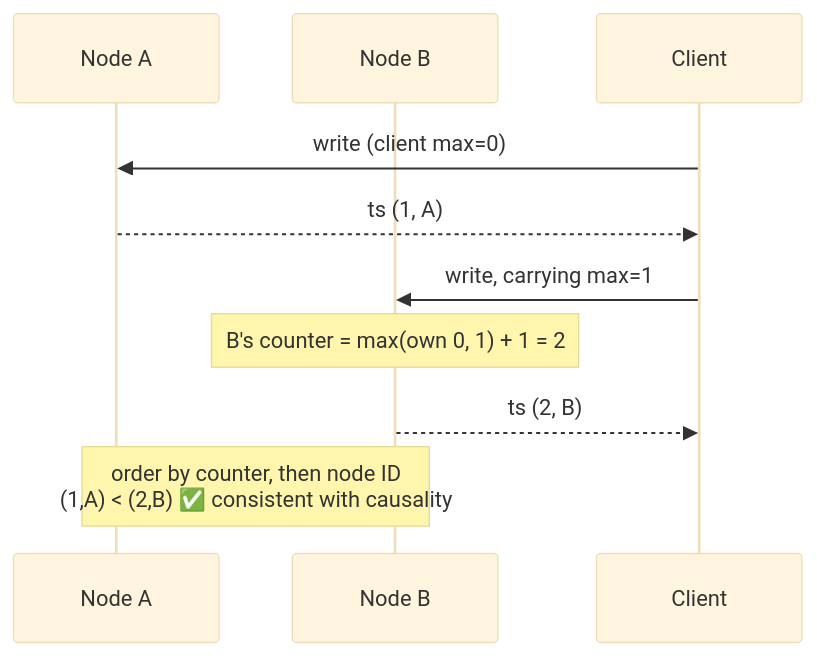
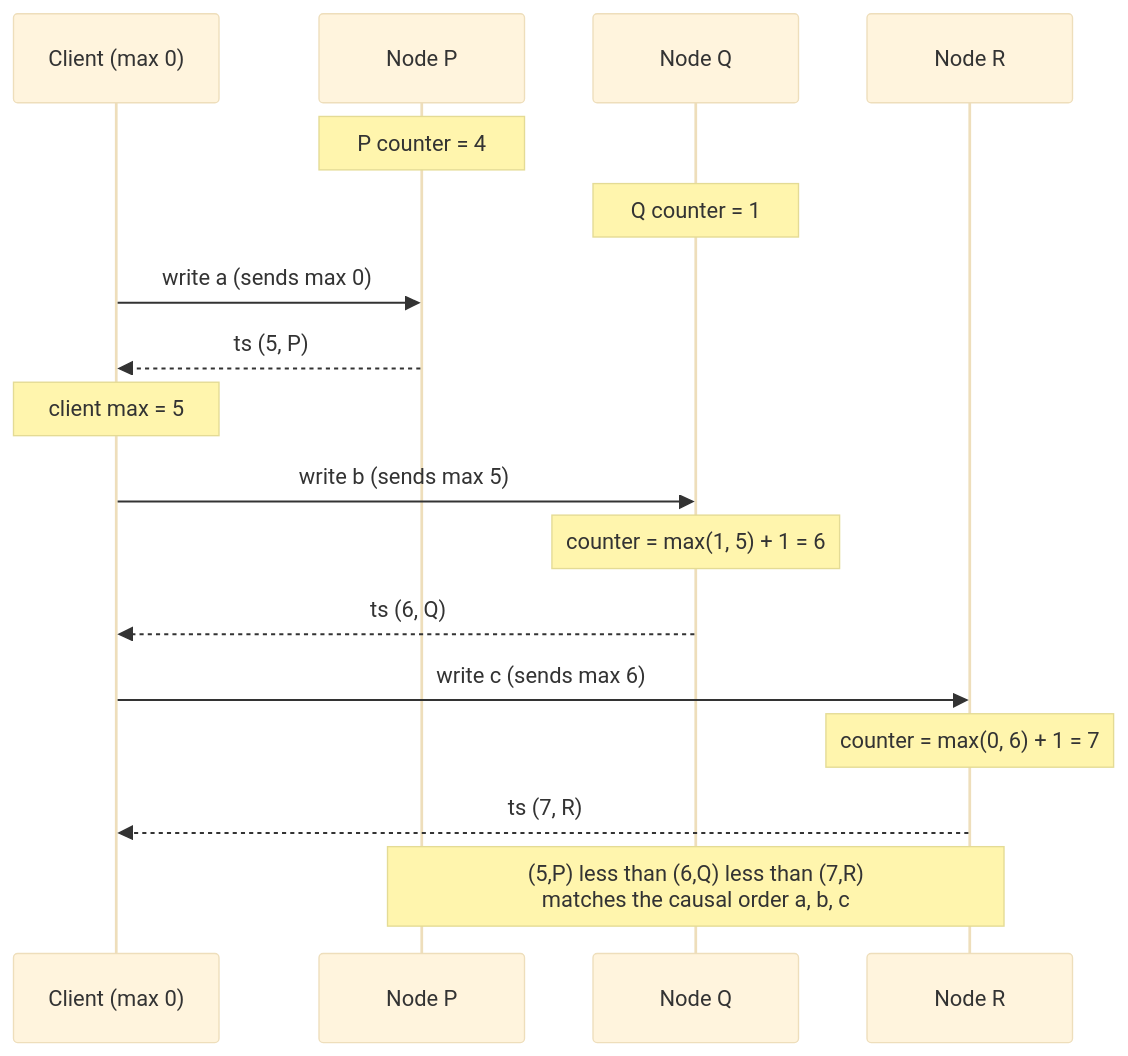
Before and after one commit to pratikguru998/ddia-book: diagram 17 of 40 in docs/chapters/part-2/09-consistency-consensus.mdx, drawn with Mermaid (base theme). The commit also changed other lines of this file and 13 other files, not shown here.

Commit message:
Expand all 12 chapters: every book subsection, deeper notes, ~320 diagrams

````diff
--- a/docs/chapters/part-2/09-consistency-consensus.mdx
+++ b/docs/chapters/part-2/09-consistency-consensus.mdx
@@ -128,12 +555,19 @@
 ```mermaid
 sequenceDiagram
-  participant A as Node A
-  participant B as Node B
-  participant C as Client
-  C->>A: write (client max=0)
-  A-->>C: ts (1, A)
-  C->>B: write, carrying max=1
-  Note over B: B's counter = max(own 0, 1) + 1 = 2
-  B-->>C: ts (2, B)
-  Note over A,B: order by counter, then node ID<br/>(1,A) < (2,B) ✅ consistent with causality
+  participant Cl as Client (max 0)
+  participant P as Node P
+  participant Q as Node Q
+  participant R as Node R
+  Note over P: P counter = 4
+  Note over Q: Q counter = 1
+  Cl->>P: write a (sends max 0)
+  P-->>Cl: ts (5, P)
+  Note over Cl: client max = 5
+  Cl->>Q: write b (sends max 5)
+  Note over Q: counter = max(1, 5) + 1 = 6
+  Q-->>Cl: ts (6, Q)
+  Cl->>R: write c (sends max 6)
+  Note over R: counter = max(0, 6) + 1 = 7
+  R-->>Cl: ts (7, R)
+  Note over P,R: (5,P) less than (6,Q) less than (7,R)<br/>matches the causal order a, b, c
 ```
````
